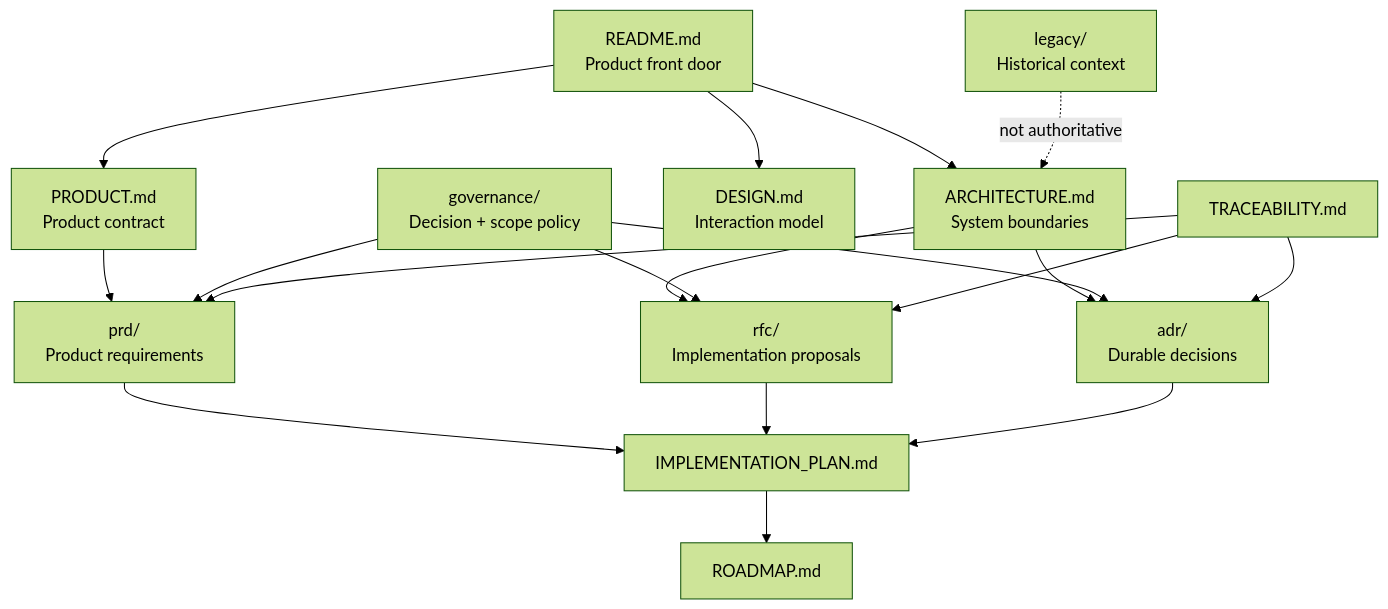
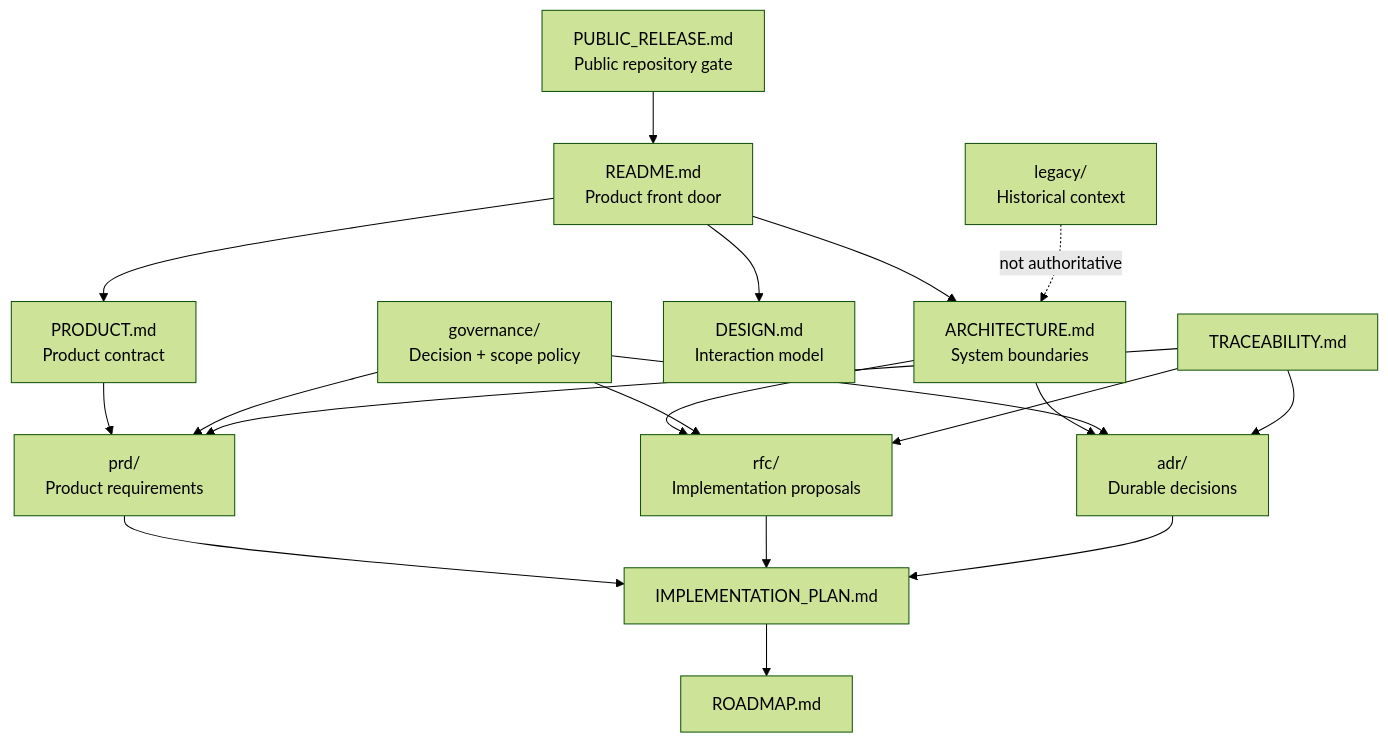
Before and after one commit to Knapp-Kevin/B.O.B.: the first of 2 diagrams in docs/README.md, drawn with Mermaid (forest theme). The commit also changed other lines of this file, not shown here.

Commit message:
Link public release gate from docs index

````diff
--- a/docs/README.md
+++ b/docs/README.md
@@ -9,25 +9,26 @@
 ```mermaid
 flowchart TB
     ROOT[README.md<br/>Product front door] --> PRODUCT[PRODUCT.md<br/>Product contract]
     ROOT --> ARCH[ARCHITECTURE.md<br/>System boundaries]
     ROOT --> DESIGN[DESIGN.md<br/>Interaction model]
 
     PRODUCT --> PRD[prd/<br/>Product requirements]
     ARCH --> RFC[rfc/<br/>Implementation proposals]
     ARCH --> ADR[adr/<br/>Durable decisions]
 
     GOV[governance/<br/>Decision + scope policy] --> PRD
     GOV --> RFC
     GOV --> ADR
 
     PLAN[IMPLEMENTATION_PLAN.md] --> ROADMAP[ROADMAP.md]
     PRD --> PLAN
     RFC --> PLAN
     ADR --> PLAN
 
     TRACE[TRACEABILITY.md] --> PRD
     TRACE --> RFC
     TRACE --> ADR
 
+    PUBLIC[PUBLIC_RELEASE.md<br/>Public repository gate] --> ROOT
     LEGACY[legacy/<br/>Historical context] -. not authoritative .-> ARCH
 ```
````
